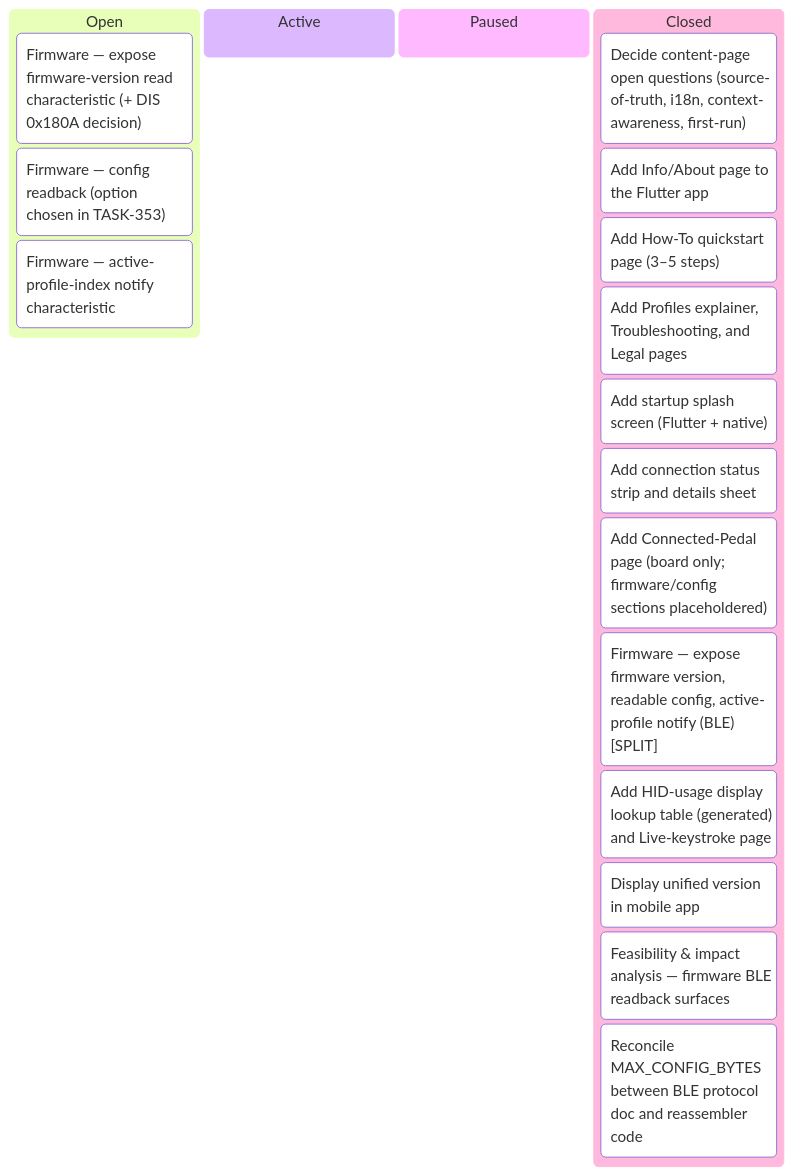
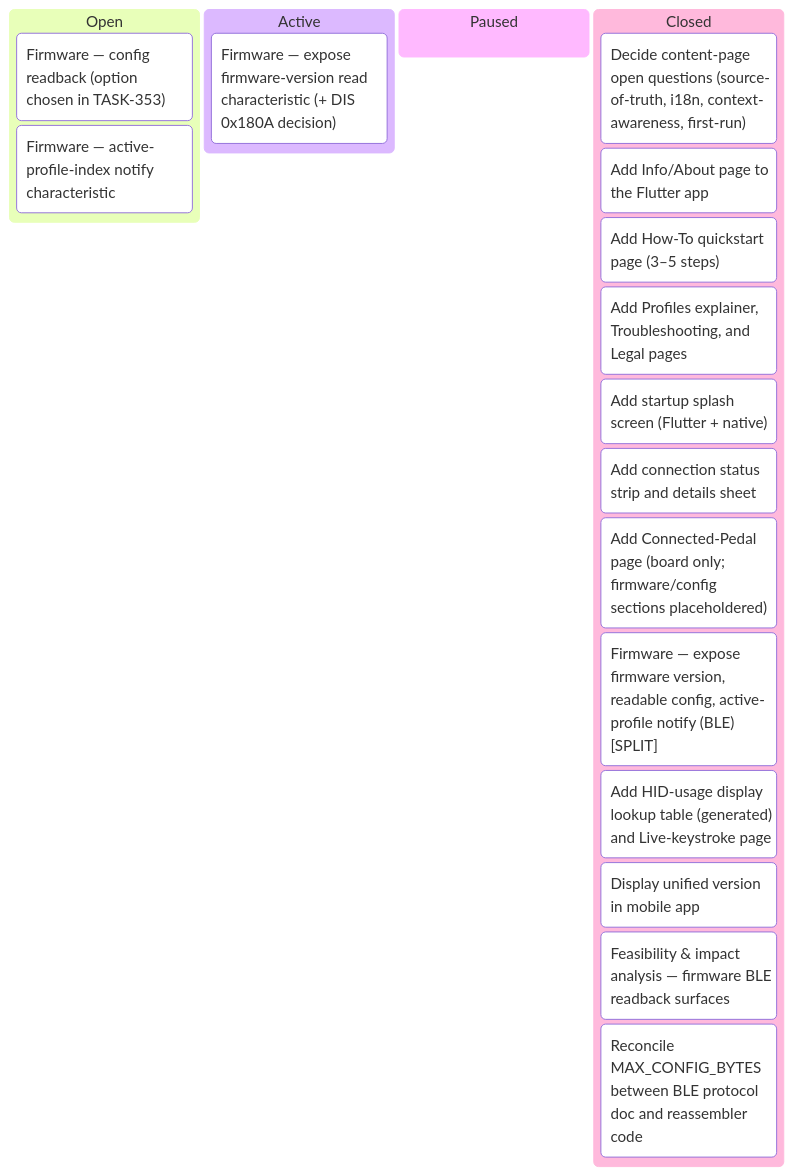
The first of 7 diagrams in docs/developers/tasks/KANBAN.md (tgd1975/AwesomeStudioPedal), drawn with Mermaid before and after one commit. The commit also changed other lines of this file and 17 other files, not shown here.

Commit message:
feat(ble/TASK-354): expose firmware version on ESP32 — new READ char 516515c5, app reads it, doc + tests

````diff
--- a/docs/developers/tasks/KANBAN.md
+++ b/docs/developers/tasks/KANBAN.md
@@ -11,22 +11,22 @@
 ```mermaid
 kanban
   Open
-    TASK_354["Firmware — expose firmware-version read characteristic (+ DIS 0x180A decision)"]
     TASK_355["Firmware — config readback (option chosen in TASK-353)"]
     TASK_356["Firmware — active-profile-index notify characteristic"]
   Active
+    TASK_354["Firmware — expose firmware-version read characteristic (+ DIS 0x180A decision)"]
   Paused
   Closed
     TASK_330["Decide content-page open questions (source-of-truth, i18n, context-awareness, first-run)"]
     TASK_331["Add Info/About page to the Flutter app"]
     TASK_332["Add How-To quickstart page (3–5 steps)"]
     TASK_333["Add Profiles explainer, Troubleshooting, and Legal pages"]
     TASK_334["Add startup splash screen (Flutter + native)"]
     TASK_335["Add connection status strip and details sheet"]
     TASK_336["Add Connected-Pedal page (board only; firmware/config sections placeholdered)"]
     TASK_337["Firmware — expose firmware version, readable config, active-profile notify (BLE) [SPLIT]"]
     TASK_338["Add HID-usage display lookup table (generated) and Live-keystroke page"]
     TASK_349["Display unified version in mobile app"]
     TASK_353["Feasibility & impact analysis — firmware BLE readback surfaces"]
     TASK_357["Reconcile MAX_CONFIG_BYTES between BLE protocol doc and reassembler code"]
 ```
````
